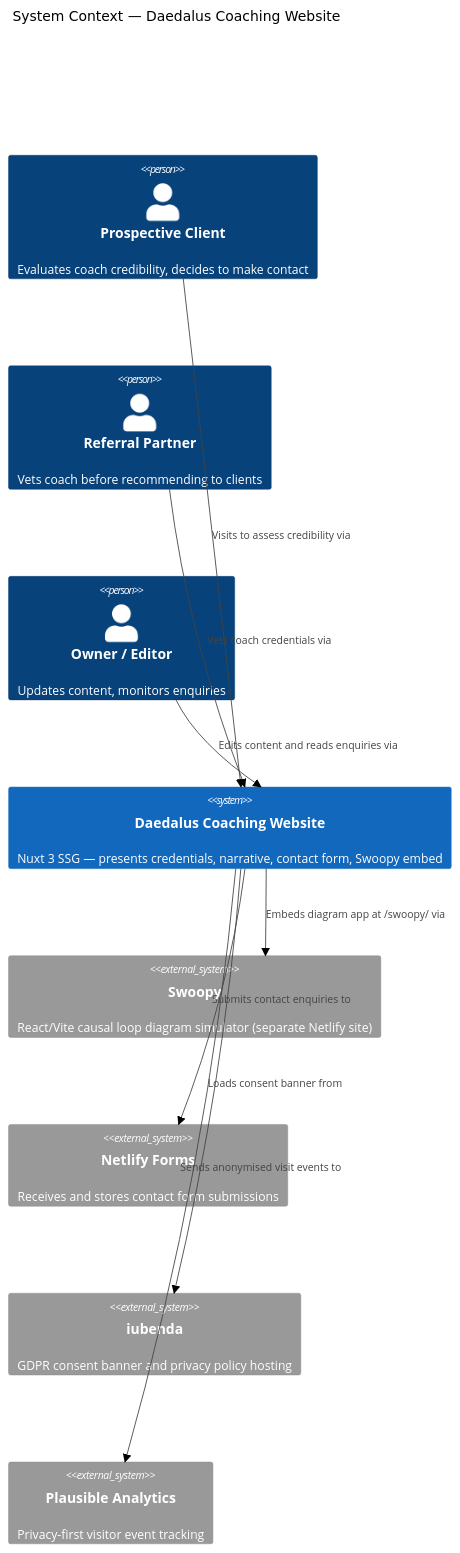
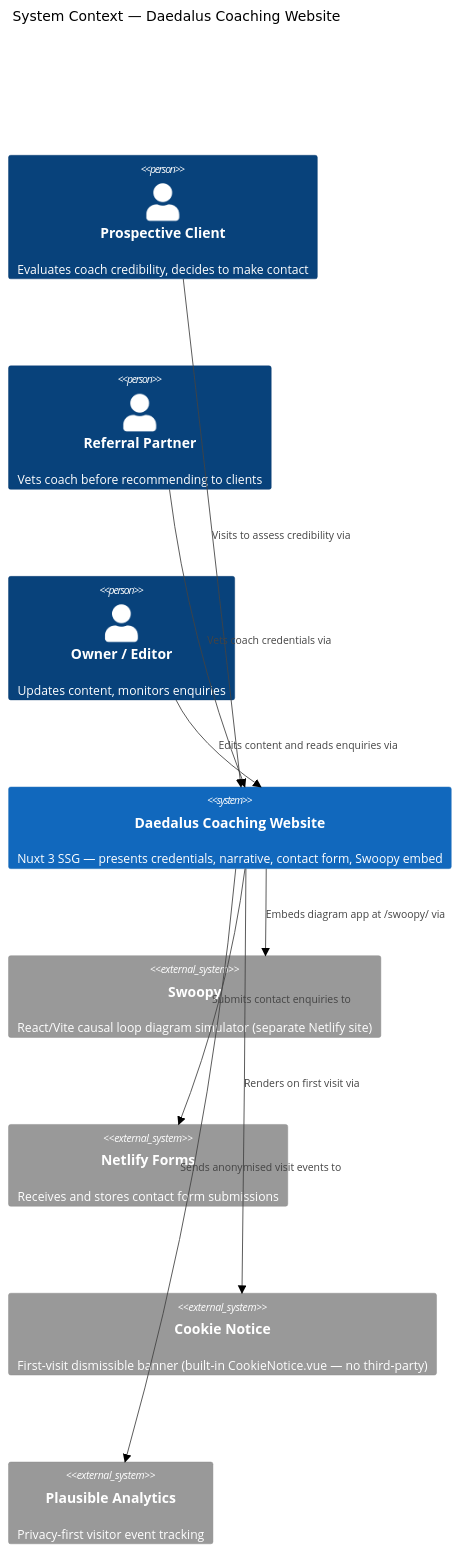
One commit to danjmfox/daedaluscoaching.com changed the first of 2 diagrams in docs/product/architecture/brief.md. Above: the diagram before and after it, drawn with Mermaid (neutral theme). The commit also changed other lines of this file and 20 other files, not shown here.

First line of the commit message:
feat(launch-readiness): 404 page, cookie notice, OG meta tags

````diff
--- a/docs/product/architecture/brief.md
+++ b/docs/product/architecture/brief.md
@@ -52,24 +52,24 @@
 ```mermaid
 C4Context
   title System Context — Daedalus Coaching Website
 
   Person(client, "Prospective Client", "Evaluates coach credibility, decides to make contact")
   Person(partner, "Referral Partner", "Vets coach before recommending to clients")
   Person(owner, "Owner / Editor", "Updates content, monitors enquiries")
 
   System(site, "Daedalus Coaching Website", "Nuxt 3 SSG — presents credentials, narrative, contact form, Swoopy embed")
 
   System_Ext(swoopy, "Swoopy", "React/Vite causal loop diagram simulator (separate Netlify site)")
   System_Ext(netlify_forms, "Netlify Forms", "Receives and stores contact form submissions")
-  System_Ext(iubenda, "iubenda", "GDPR consent banner and privacy policy hosting")
+  System_Ext(cookie_notice, "Cookie Notice", "First-visit dismissible banner (built-in CookieNotice.vue — no third-party)")
   System_Ext(analytics, "Plausible Analytics", "Privacy-first visitor event tracking")
 
   Rel(client, site, "Visits to assess credibility via")
   Rel(partner, site, "Vets coach credentials via")
   Rel(owner, site, "Edits content and reads enquiries via")
 
   Rel(site, swoopy, "Embeds diagram app at /swoopy/ via")
   Rel(site, netlify_forms, "Submits contact enquiries to")
-  Rel(site, iubenda, "Loads consent banner from")
+  Rel(site, cookie_notice, "Renders on first visit via")
   Rel(site, analytics, "Sends anonymised visit events to")
 ```
````
